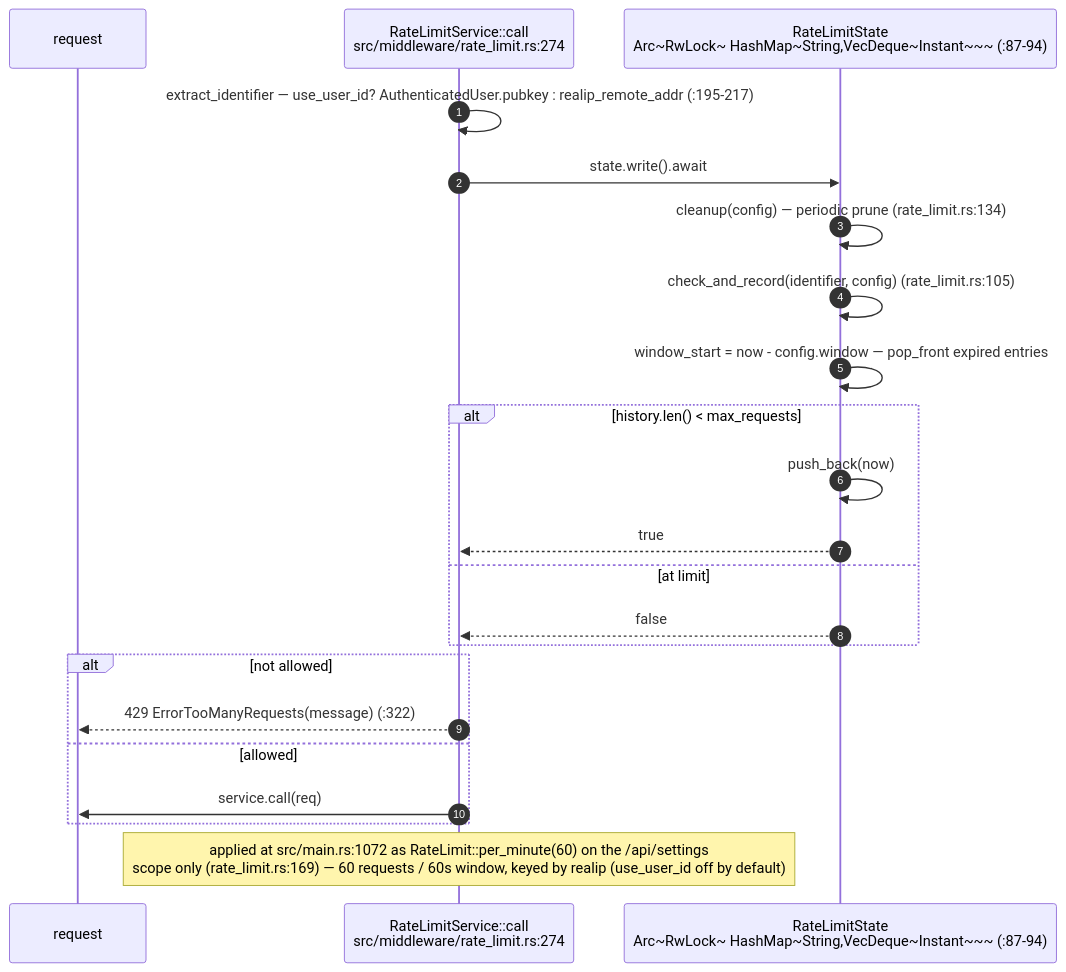
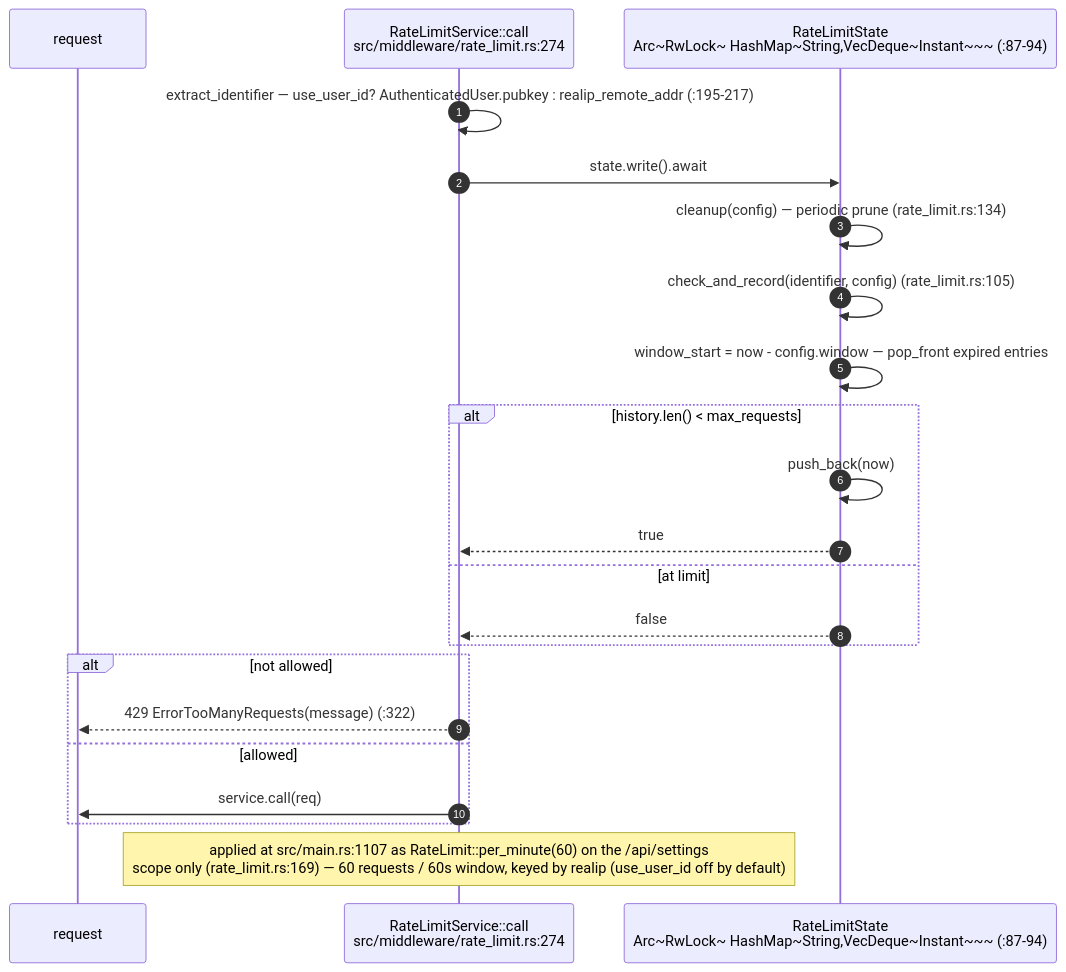
Diagram 12 of 17 in docs/diagrams/visionclaw/03-request-lifecycle-and-rbac.md (DreamLab-AI/VisionFlow), drawn with Mermaid before and after one commit. The commit also changed other lines of this file and 32 other files, not shown here.

````diff
--- a/docs/diagrams/visionclaw/03-request-lifecycle-and-rbac.md
+++ b/docs/diagrams/visionclaw/03-request-lifecycle-and-rbac.md
@@ -493,25 +493,25 @@
 ```mermaid
 sequenceDiagram
     autonumber
     participant R as request
     participant RL as RateLimitService::call<br/>src/middleware/rate_limit.rs:274
     participant ST as RateLimitState<br/>Arc~RwLock~ HashMap~String,VecDeque~Instant~~~ (:87-94)
 
     RL->>RL: extract_identifier — use_user_id? AuthenticatedUser.pubkey : realip_remote_addr (:195-217)
     RL->>ST: state.write().await
     ST->>ST: cleanup(config) — periodic prune (rate_limit.rs:134)
     ST->>ST: check_and_record(identifier, config) (rate_limit.rs:105)
     ST->>ST: window_start = now - config.window — pop_front expired entries
     alt history.len() < max_requests
         ST->>ST: push_back(now)
         ST-->>RL: true
     else at limit
         ST-->>RL: false
     end
     alt not allowed
         RL-->>R: 429 ErrorTooManyRequests(message) (:322)
     else allowed
         RL->>R: service.call(req)
     end
-    Note over RL: applied at src/main.rs:1072 as RateLimit::per_minute(60) on the /api/settings<br/>scope only (rate_limit.rs:169) — 60 requests / 60s window, keyed by realip (use_user_id off by default)
+    Note over RL: applied at src/main.rs:1107 as RateLimit::per_minute(60) on the /api/settings<br/>scope only (rate_limit.rs:169) — 60 requests / 60s window, keyed by realip (use_user_id off by default)
 ```
````
